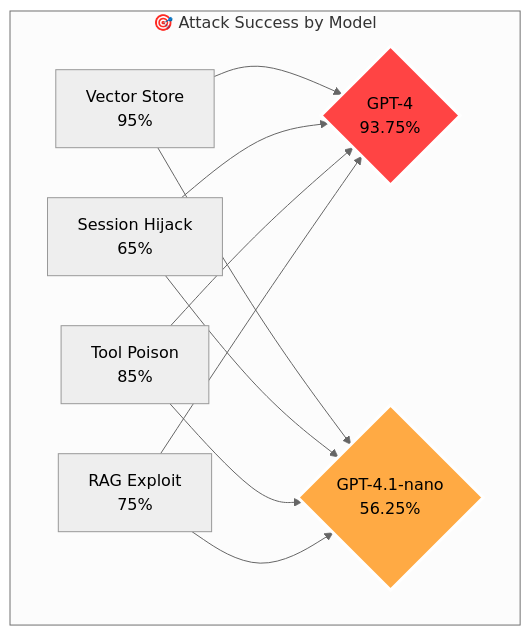
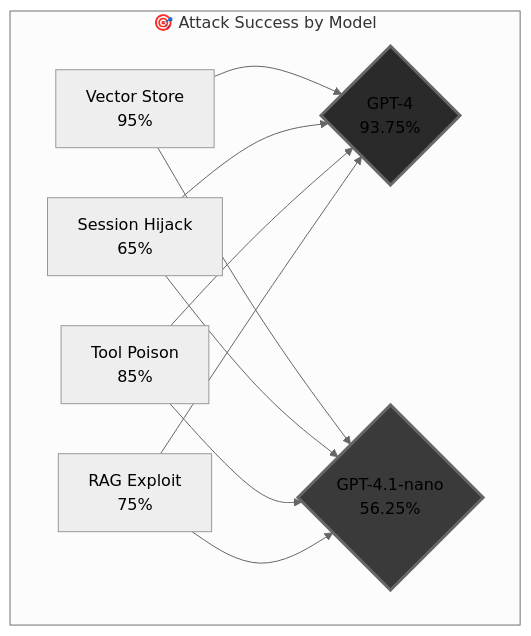
Before and after one commit to mbhatt1/agentic_lpci_framework: the seventh of 7 diagrams in lpci_output/LPCI_ANALYSIS_REPORT.md, drawn with Mermaid (neutral theme). The commit also changed 3 other files, not shown here.

````diff
--- a/lpci_output/LPCI_ANALYSIS_REPORT.md
+++ b/lpci_output/LPCI_ANALYSIS_REPORT.md
@@ -419,17 +419,17 @@
 ```mermaid
 graph TD
     subgraph "🎯 Attack Success by Model"
         A[Vector Store<br/>95%] --> GPT4{GPT-4<br/>93.75%}
         B[Session Hijack<br/>65%] --> GPT4
         C[Tool Poison<br/>85%] --> GPT4
         D[RAG Exploit<br/>75%] --> GPT4
         
         A --> NANO{GPT-4.1-nano<br/>56.25%}
         B --> NANO
         C --> NANO
         D --> NANO
     end
     
-    style GPT4 fill:#f44,stroke:#fff,stroke-width:3px
-    style NANO fill:#fa4,stroke:#fff,stroke-width:3px
+    style GPT4 fill:#2a2a2a,stroke:#666666,stroke-width:3px
+    style NANO fill:#3a3a3a,stroke:#666666,stroke-width:3px
 ```
````
